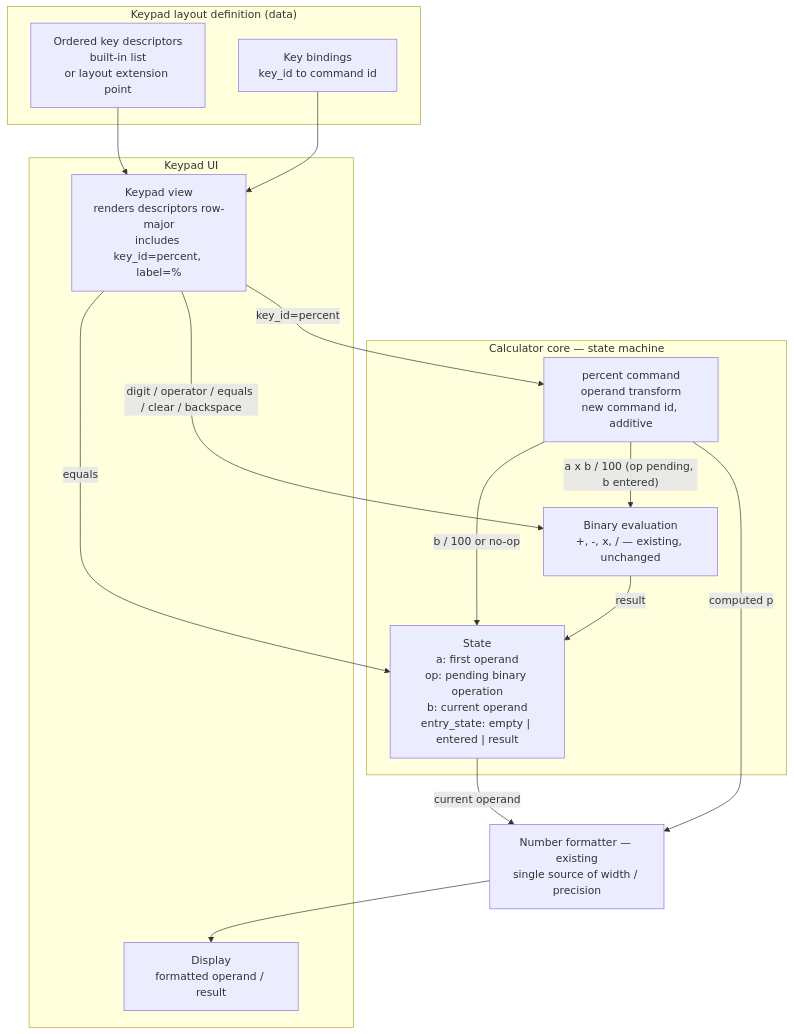
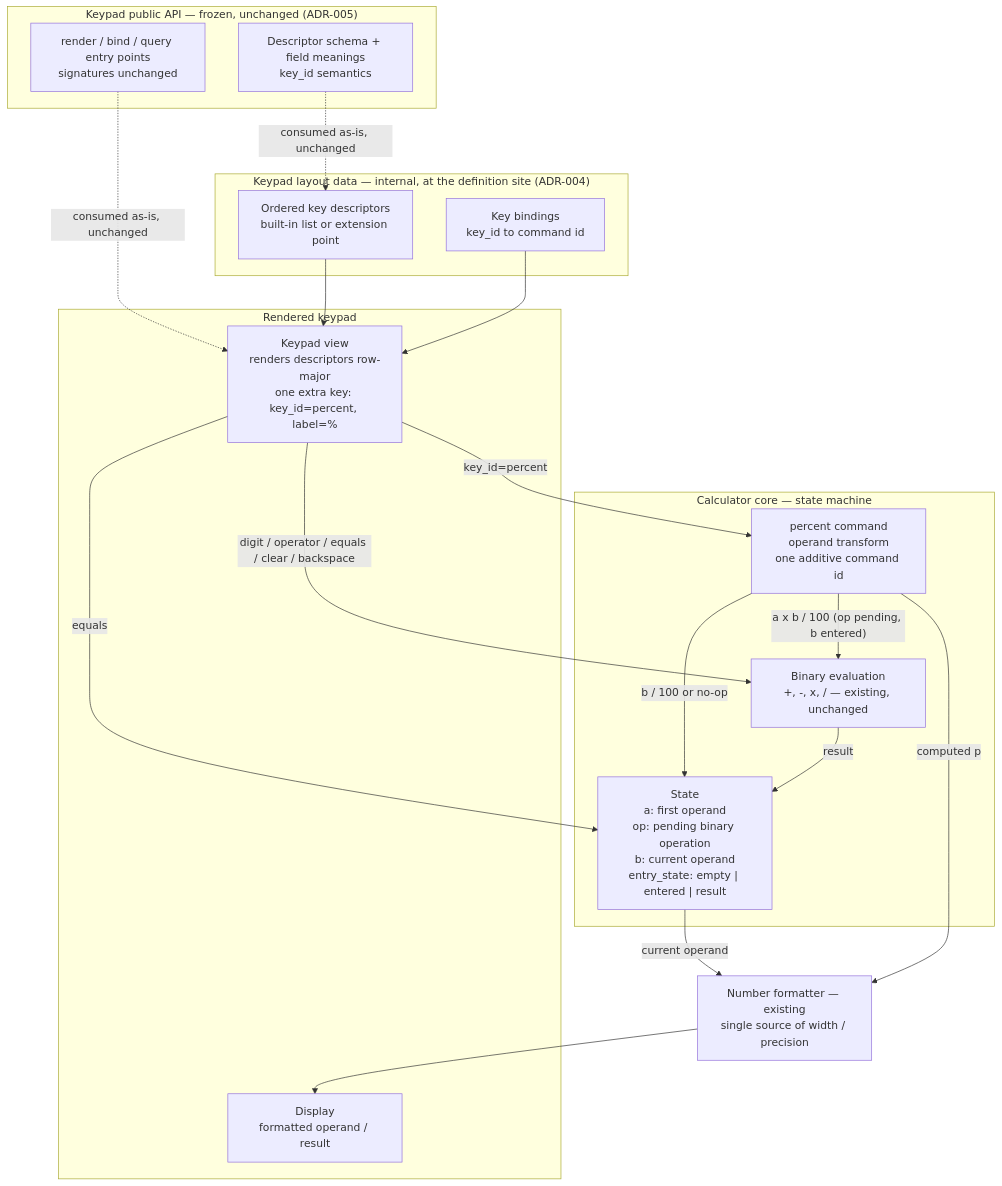
Before and after one commit to vadagama/dark-factory-calc: the diagram in .factory/changes/2026/CHG-percent-button/design/overview.md, drawn with Mermaid. The commit also changed other lines of this file and 4 other files, not shown here.

First line of the commit message:
factory: chg_calc_m3_001 (specification/architecture)

````diff
--- a/.factory/changes/2026/CHG-percent-button/design/overview.md
+++ b/.factory/changes/2026/CHG-percent-button/design/overview.md
@@ -52,32 +60,39 @@
 ```mermaid
 flowchart TD
-  subgraph LAYOUT["Keypad layout definition (data)"]
-    LD["Ordered key descriptors<br/>built-in list<br/>or layout extension point"]
+  subgraph API["Keypad public API — frozen, unchanged (ADR-005)"]
+    SCH["Descriptor schema + field meanings<br/>key_id semantics"]
+    EP["render / bind / query entry points<br/>signatures unchanged"]
+  end
+
+  subgraph LAYOUT["Keypad layout data — internal, at the definition site (ADR-004)"]
+    LD["Ordered key descriptors<br/>built-in list or extension point"]
     BIND["Key bindings<br/>key_id to command id"]
   end
 
-  subgraph UI["Keypad UI"]
-    KP["Keypad view<br/>renders descriptors row-major<br/>includes key_id=percent, label=%"]
+  subgraph UI["Rendered keypad"]
+    KP["Keypad view<br/>renders descriptors row-major<br/>one extra key: key_id=percent, label=%"]
     DISP["Display<br/>formatted operand / result"]
   end
 
   subgraph CORE["Calculator core — state machine"]
     ST["State<br/>a: first operand<br/>op: pending binary operation<br/>b: current operand<br/>entry_state: empty | entered | result"]
-    PCT["percent command<br/>operand transform<br/>new command id, additive"]
+    PCT["percent command<br/>operand transform<br/>one additive command id"]
     EVAL["Binary evaluation<br/>+, -, x, / — existing, unchanged"]
   end
 
   FMT["Number formatter — existing<br/>single source of width / precision"]
 
+  SCH -.->|"consumed as-is, unchanged"| LD
+  EP -.->|"consumed as-is, unchanged"| KP
   LD --> KP
   BIND --> KP
   KP -->|"key_id=percent"| PCT
   KP -->|"digit / operator / equals / clear / backspace"| EVAL
   KP -->|equals| ST
   PCT -->|"a x b / 100 (op pending, b entered)"| EVAL
   PCT -->|"b / 100 or no-op"| ST
   EVAL -->|result| ST
   ST -->|current operand| FMT
   PCT -->|computed p| FMT
   FMT --> DISP
 ```
````
